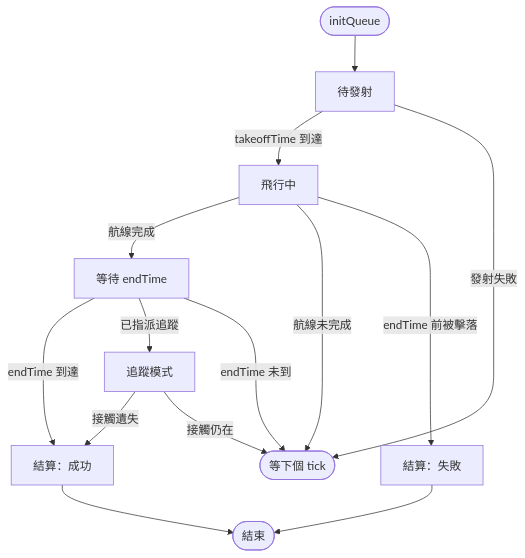
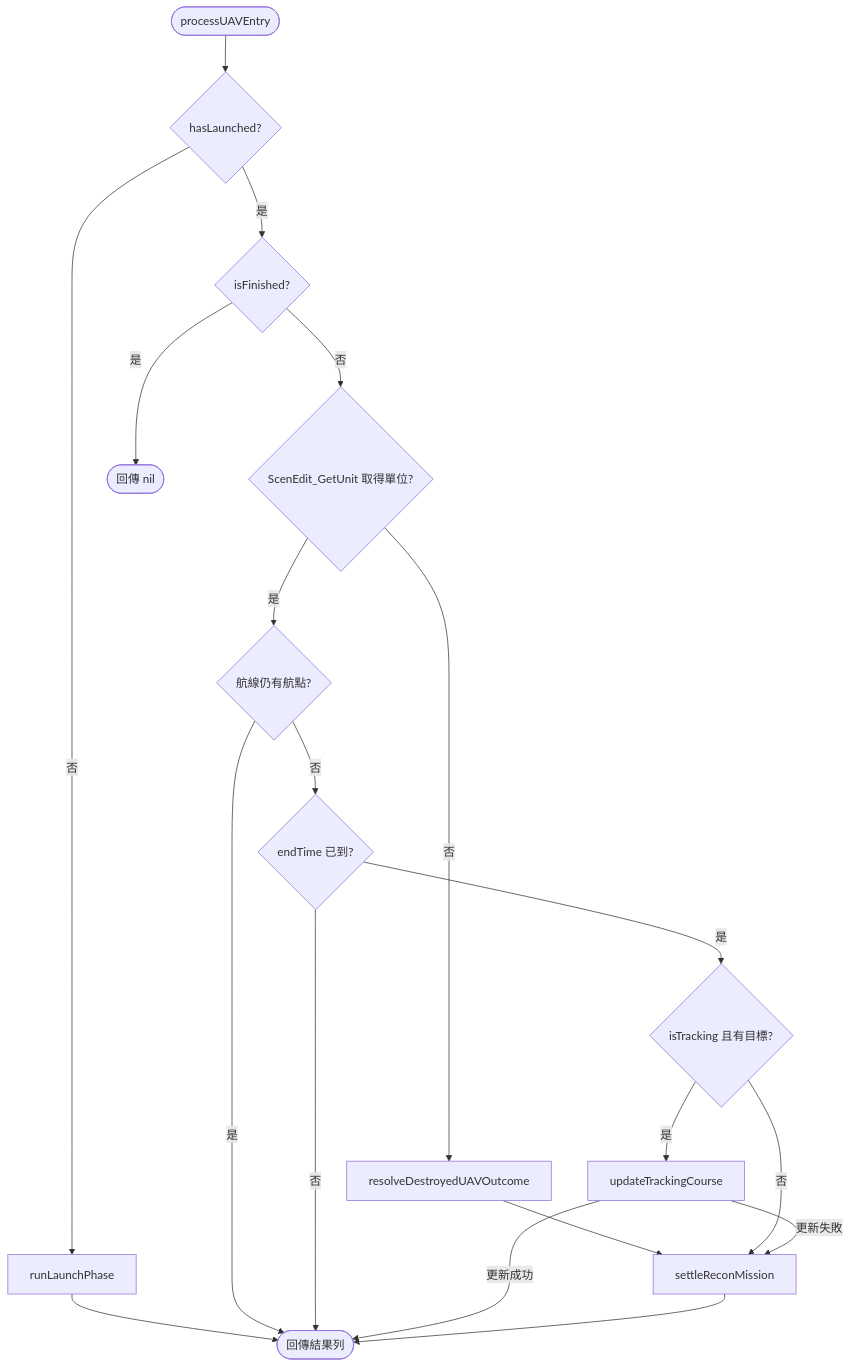
Before and after one commit to pullupjumper/formosa-in-flames: the first of 4 diagrams in docs/strikePlanner/recon.md, drawn with Mermaid. The commit also changed other lines of this file and 1 other file, not shown here.

First line of the commit message:
docs(strikePlanner): record the scheduling invariants and expand the diagrams

````diff
--- a/docs/strikePlanner/recon.md
+++ b/docs/strikePlanner/recon.md
@@ -26,26 +28,33 @@
 ```mermaid
 flowchart TD
-    START(["initQueue"])
-    PENDING["待發射"]
-    FLYING["飛行中"]
-    WAITING["等待 endTime"]
-    TRACK["追蹤模式"]
-    OK["結算：成功"]
-    FAIL["結算：失敗"]
-    NEXT(["等下個 tick"])
-    FINISH(["結束"])
+    START(["processUAVEntry"])
+    LAUNCHED{"hasLaunched?"}
+    LAUNCH["runLaunchPhase"]
+    FINISHED{"isFinished?"}
+    ALIVE{"ScenEdit_GetUnit 取得單位?"}
+    DESTROYED["resolveDestroyedUAVOutcome"]
+    COURSE{"航線仍有航點?"}
+    ENDTIME{"endTime 已到?"}
+    TRACKING{"isTracking 且有目標?"}
+    UPDATE["updateTrackingCourse"]
+    SETTLE["settleReconMission"]
+    ROW(["回傳結果列"])
+    NOROW(["回傳 nil"])
 
-    START --> PENDING
-    PENDING -->|takeoffTime 到達| FLYING
-    PENDING -->|發射失敗| NEXT
-    FLYING -->|航線完成| WAITING
-    FLYING -->|航線未完成| NEXT
-    FLYING -->|endTime 前被擊落| FAIL
-    WAITING -->|endTime 到達| OK
-    WAITING -->|已指派追蹤| TRACK
-    WAITING -->|endTime 未到| NEXT
-    TRACK -->|接觸遺失| OK
-    TRACK -->|接觸仍在| NEXT
-    OK --> FINISH
-    FAIL --> FINISH
+    START --> LAUNCHED
+    LAUNCHED -->|否| LAUNCH --> ROW
+    LAUNCHED -->|是| FINISHED
+    FINISHED -->|是| NOROW
+    FINISHED -->|否| ALIVE
+    ALIVE -->|否| DESTROYED --> SETTLE
+    ALIVE -->|是| COURSE
+    COURSE -->|是| ROW
+    COURSE -->|否| ENDTIME
+    ENDTIME -->|否| ROW
+    ENDTIME -->|是| TRACKING
+    TRACKING -->|否| SETTLE
+    TRACKING -->|是| UPDATE
+    UPDATE -->|更新成功| ROW
+    UPDATE -->|更新失敗| SETTLE
+    SETTLE --> ROW
 ```
````
